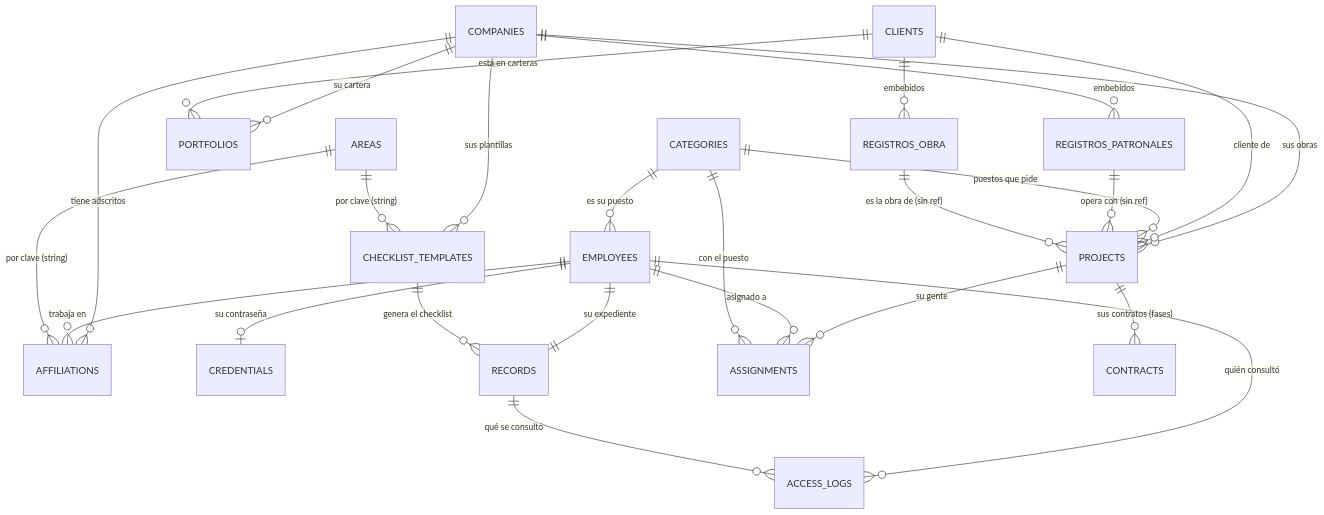
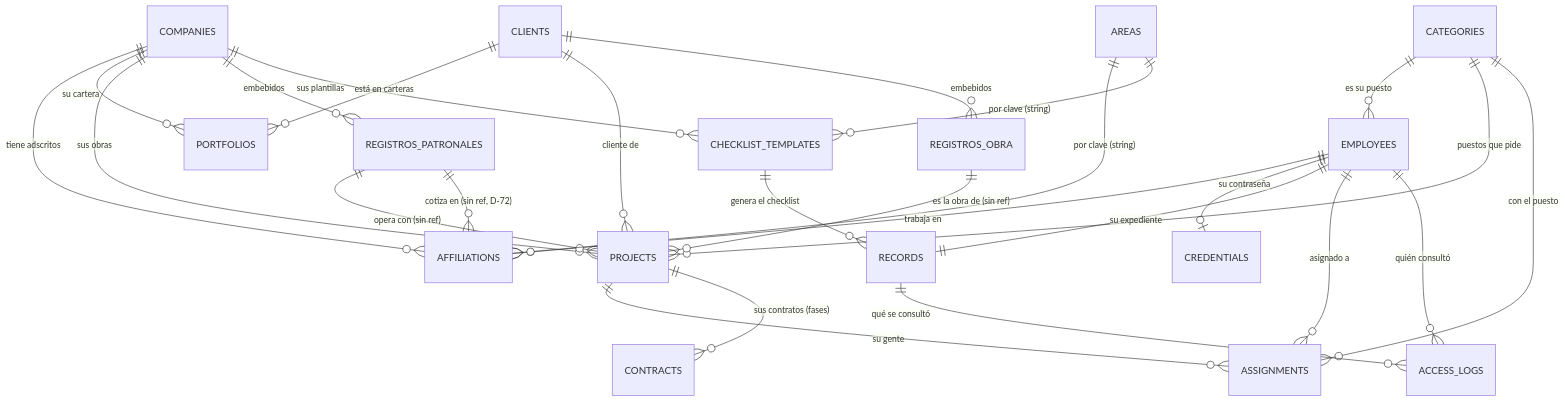
The diagram in docs/ARQUITECTURA-DATOS.md (alexxruff/cames-files-manager-backend), drawn with Mermaid before and after one commit. The commit also changed other lines of this file and 22 other files, not shown here.

````diff
--- a/docs/ARQUITECTURA-DATOS.md
+++ b/docs/ARQUITECTURA-DATOS.md
@@ -94,35 +94,36 @@
 ```mermaid
 erDiagram
     COMPANIES  ||--o{ AFFILIATIONS : "tiene adscritos"
     EMPLOYEES  ||--o{ AFFILIATIONS : "trabaja en"
     EMPLOYEES  ||--o| CREDENTIALS  : "su contraseña"
     EMPLOYEES  ||--|| RECORDS      : "su expediente"
     CATEGORIES ||--o{ EMPLOYEES    : "es su puesto"
 
     COMPANIES  ||--o{ PORTFOLIOS   : "su cartera"
     CLIENTS    ||--o{ PORTFOLIOS   : "está en carteras"
 
     COMPANIES  ||--o{ PROJECTS     : "sus obras"
     CLIENTS    ||--o{ PROJECTS     : "cliente de"
     CATEGORIES ||--o{ PROJECTS     : "puestos que pide"
 
     PROJECTS   ||--o{ ASSIGNMENTS  : "su gente"
     EMPLOYEES  ||--o{ ASSIGNMENTS  : "asignado a"
     CATEGORIES ||--o{ ASSIGNMENTS  : "con el puesto"
 
     PROJECTS   ||--o{ CONTRACTS    : "sus contratos (fases)"
 
     COMPANIES  ||--o{ REGISTROS_PATRONALES : "embebidos"
     CLIENTS    ||--o{ REGISTROS_OBRA       : "embebidos"
-    REGISTROS_PATRONALES ||--o{ PROJECTS : "opera con (sin ref)"
-    REGISTROS_OBRA       ||--o{ PROJECTS : "es la obra de (sin ref)"
+    REGISTROS_PATRONALES ||--o{ PROJECTS     : "opera con (sin ref)"
+    REGISTROS_PATRONALES ||--o{ AFFILIATIONS : "cotiza en (sin ref, D-72)"
+    REGISTROS_OBRA       ||--o{ PROJECTS     : "es la obra de (sin ref)"
 
     COMPANIES  ||--o{ CHECKLIST_TEMPLATES : "sus plantillas"
     CHECKLIST_TEMPLATES ||--o{ RECORDS    : "genera el checklist"
 
     EMPLOYEES  ||--o{ ACCESS_LOGS  : "quién consultó"
     RECORDS    ||--o{ ACCESS_LOGS  : "qué se consultó"
 
     AREAS      ||--o{ AFFILIATIONS : "por clave (string)"
     AREAS      ||--o{ CHECKLIST_TEMPLATES : "por clave (string)"
 ```
````
